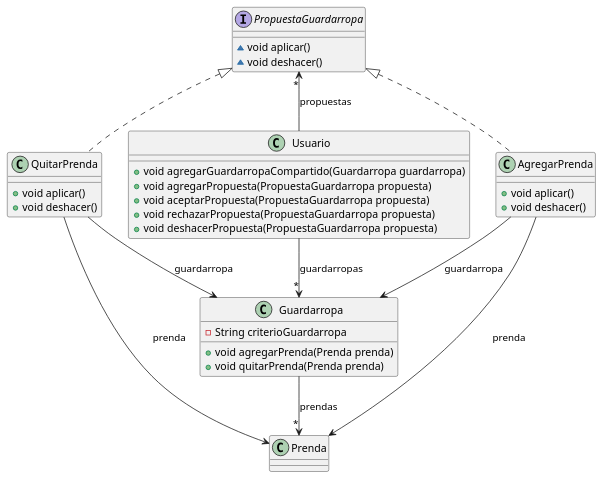
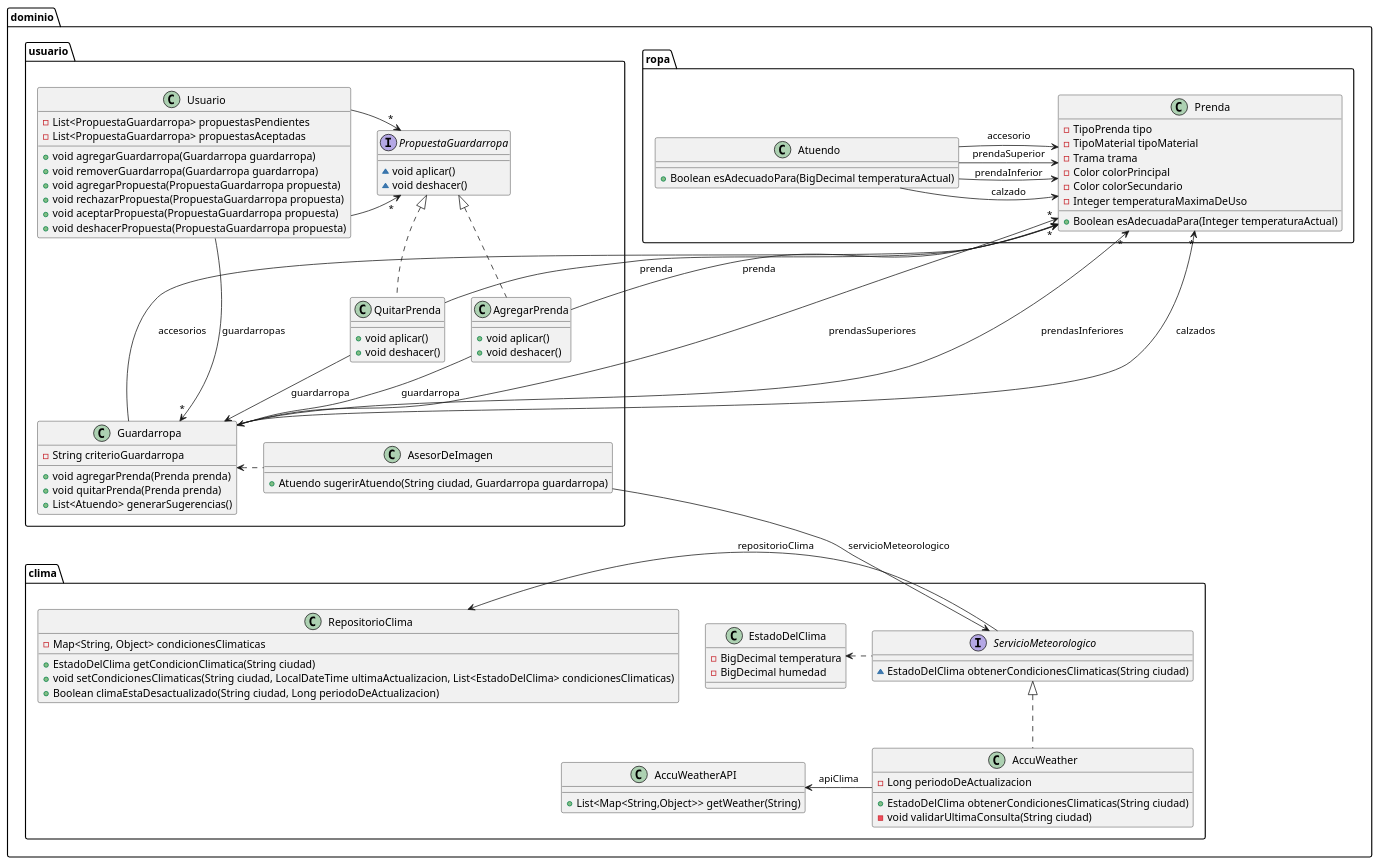
One commit to AlejandroDeheza/QMP changed the diagram in diagramas/qmp5.puml. Above: the diagram before and after it, drawn with PlantUML. The commit also changed 3 other files, not shown here.

Commit message:
agrego diagramas

```diff
--- a/diagramas/qmp5.puml
+++ b/diagramas/qmp5.puml
@@ -1,42 +1,105 @@
 @startuml
 
-class Guardarropa {
+class dominio.clima.AccuWeatherAPI {
++ List<Map<String,Object>> getWeather(String)
+}
+class dominio.clima.AccuWeather {
+- Long periodoDeActualizacion
++ EstadoDelClima obtenerCondicionesClimaticas(String ciudad)
+- void validarUltimaConsulta(String ciudad)
+}
+class dominio.clima.EstadoDelClima {
+- BigDecimal temperatura
+- BigDecimal humedad
+}
+class dominio.clima.RepositorioClima {
+- Map<String, Object> condicionesClimaticas
++ EstadoDelClima getCondicionClimatica(String ciudad)
++ void setCondicionesClimaticas(String ciudad, LocalDateTime ultimaActualizacion, List<EstadoDelClima> condicionesClimaticas)
++ Boolean climaEstaDesactualizado(String ciudad, Long periodoDeActualizacion)
+}
+class dominio.usuario.Guardarropa {
 - String criterioGuardarropa
 + void agregarPrenda(Prenda prenda)
 + void quitarPrenda(Prenda prenda)
++ List<Atuendo> generarSugerencias()
+}
+class dominio.usuario.AsesorDeImagen {
++ Atuendo sugerirAtuendo(String ciudad, Guardarropa guardarropa)
+}
+interface dominio.clima.ServicioMeteorologico {
+~ EstadoDelClima obtenerCondicionesClimaticas(String ciudad)
+}
+class dominio.ropa.Prenda {
+- TipoPrenda tipo
+- TipoMaterial tipoMaterial
+- Trama trama
+- Color colorPrincipal
+- Color colorSecundario
+- Integer temperaturaMaximaDeUso
++ Boolean esAdecuadaPara(Integer temperaturaActual)
+}
+class dominio.ropa.Atuendo {
++ Boolean esAdecuadoPara(BigDecimal temperaturaActual)
 }
 
-Interface PropuestaGuardarropa {
+dominio.ropa.Prenda <-left- dominio.ropa.Atuendo :prendaSuperior
+dominio.ropa.Prenda <-left- dominio.ropa.Atuendo :prendaInferior
+dominio.ropa.Prenda <-left- dominio.ropa.Atuendo :calzado
+dominio.ropa.Prenda <-left- dominio.ropa.Atuendo :accesorio
+
+dominio.ropa.Prenda "*" <-- dominio.usuario.Guardarropa :prendasSuperiores
+dominio.ropa.Prenda "*" <-- dominio.usuario.Guardarropa :prendasInferiores
+dominio.ropa.Prenda "*" <-- dominio.usuario.Guardarropa :calzados
+dominio.ropa.Prenda "*" <-- dominio.usuario.Guardarropa :accesorios
+
+dominio.clima.ServicioMeteorologico <-up- dominio.usuario.AsesorDeImagen: servicioMeteorologico
+dominio.usuario.Guardarropa <.right. dominio.usuario.AsesorDeImagen
+
+dominio.clima.AccuWeatherAPI <-right- dominio.clima.AccuWeather : apiClima
+dominio.clima.ServicioMeteorologico <|.down. dominio.clima.AccuWeather
+
+dominio.clima.EstadoDelClima <.right. dominio.clima.ServicioMeteorologico
+dominio.clima.RepositorioClima <-right- dominio.clima.ServicioMeteorologico : repositorioClima
+
+
+
+
+
+Interface dominio.usuario.PropuestaGuardarropa {
 ~ void aplicar()
 ~ void deshacer()
 }
 
-class AgregarPrenda {
+class dominio.usuario.AgregarPrenda {
 + void aplicar()
 + void deshacer()
 }
 
-class QuitarPrenda {
+class dominio.usuario.QuitarPrenda {
 + void aplicar()
 + void deshacer()
 }
 
-class Usuario {
-+ void agregarGuardarropaCompartido(Guardarropa guardarropa)
+class dominio.usuario.Usuario {
+- List<PropuestaGuardarropa> propuestasPendientes
+- List<PropuestaGuardarropa> propuestasAceptadas
++ void agregarGuardarropa(Guardarropa guardarropa)
++ void removerGuardarropa(Guardarropa guardarropa)
 + void agregarPropuesta(PropuestaGuardarropa propuesta)
++ void rechazarPropuesta(PropuestaGuardarropa propuesta)
 + void aceptarPropuesta(PropuestaGuardarropa propuesta)
-+ void rechazarPropuesta(PropuestaGuardarropa propuesta)
 + void deshacerPropuesta(PropuestaGuardarropa propuesta)
 }
 
-Prenda "*" <--up Guardarropa: prendas
-PropuestaGuardarropa <|.. AgregarPrenda
-PropuestaGuardarropa <|.. QuitarPrenda
-Guardarropa <--up AgregarPrenda: guardarropa
-Prenda <--up AgregarPrenda: prenda
-Guardarropa <--up QuitarPrenda: guardarropa
-Prenda <--up QuitarPrenda: prenda
-Guardarropa "*" <--up Usuario: guardarropas
-PropuestaGuardarropa "*" <-- Usuario: propuestas
+dominio.usuario.PropuestaGuardarropa <|.. dominio.usuario.AgregarPrenda
+dominio.usuario.PropuestaGuardarropa <|.. dominio.usuario.QuitarPrenda
+dominio.usuario.Guardarropa <--up dominio.usuario.AgregarPrenda: guardarropa
+dominio.ropa.Prenda <-- dominio.usuario.AgregarPrenda: prenda
+dominio.usuario.Guardarropa <--up dominio.usuario.QuitarPrenda: guardarropa
+dominio.ropa.Prenda <-- dominio.usuario.QuitarPrenda: prenda
+dominio.usuario.Guardarropa "*" <--up dominio.usuario.Usuario: guardarropas
+dominio.usuario.PropuestaGuardarropa "*" <-right- dominio.usuario.Usuario
+dominio.usuario.PropuestaGuardarropa "*" <-right- dominio.usuario.Usuario
 
 @enduml
```
